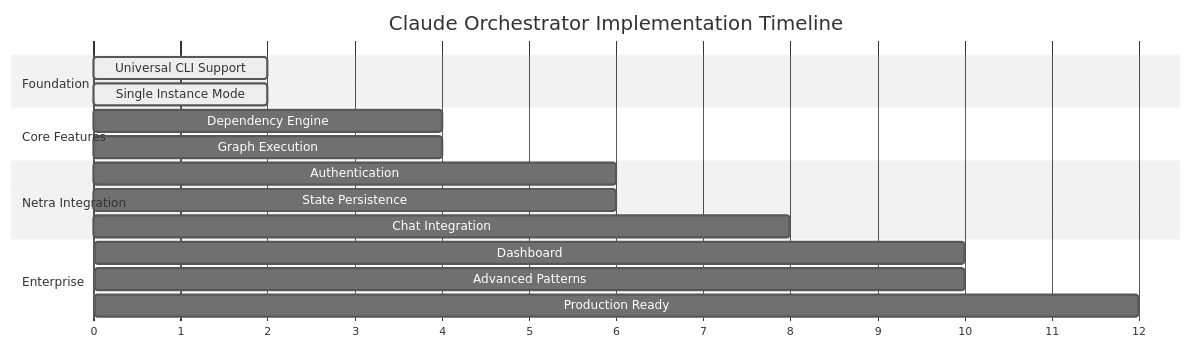
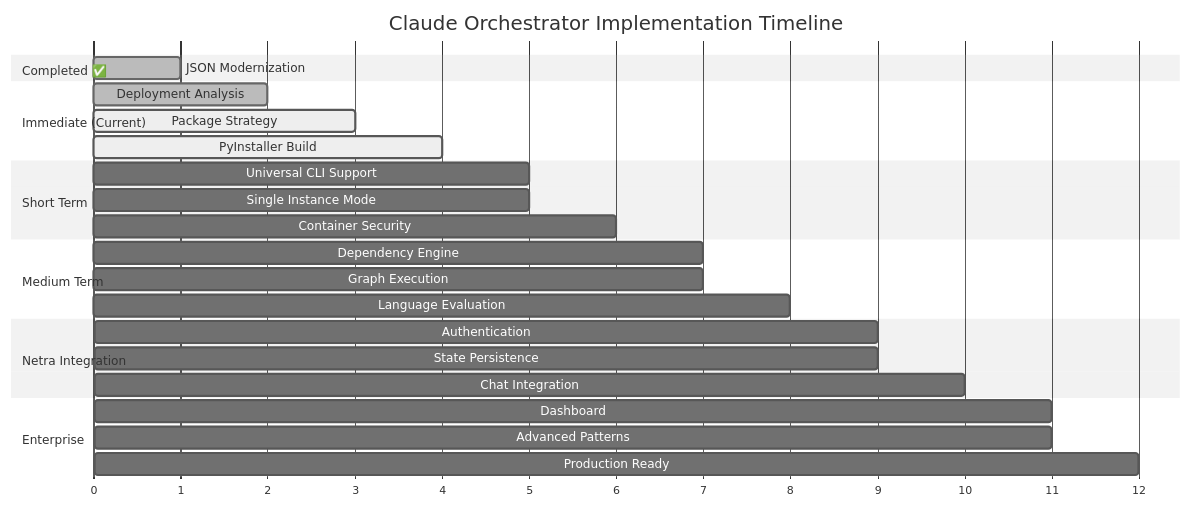
One commit to netra-systems/zen changed diagram 12 of 15 in docs/CLAUDE_ORCHESTRATOR_PLANS_INDEX.md. Above: the diagram before and after it, drawn with Mermaid (neutral theme). The commit also changed other lines of this file, not shown here.

````diff
--- a/docs/CLAUDE_ORCHESTRATOR_PLANS_INDEX.md
+++ b/docs/CLAUDE_ORCHESTRATOR_PLANS_INDEX.md
@@ -305,24 +432,34 @@
 ```mermaid
 gantt
     title Claude Orchestrator Implementation Timeline
     dateFormat  X
     axisFormat %s
 
-    section Foundation
-    Universal CLI Support    :active, foundation, 0, 2
-    Single Instance Mode     :active, single, 0, 2
+    section Completed ✅
+    JSON Modernization      :done, json, 0, 1
 
-    section Core Features
-    Dependency Engine        :depends, 2, 4
-    Graph Execution         :graph, 2, 4
+    section Immediate (Current)
+    Deployment Analysis     :done, deploy-analysis, 1, 2
+    Package Strategy        :active, package, 1, 3
+    PyInstaller Build       :active, pyinst, 2, 4
+
+    section Short Term
+    Universal CLI Support   :foundation, 3, 5
+    Single Instance Mode    :single, 3, 5
+    Container Security      :container, 4, 6
+
+    section Medium Term
+    Dependency Engine       :depends, 5, 7
+    Graph Execution        :graph, 5, 7
+    Language Evaluation    :lang-eval, 6, 8
 
     section Netra Integration
-    Authentication          :auth, 4, 6
-    State Persistence       :state, 4, 6
-    Chat Integration        :chat, 6, 8
+    Authentication         :auth, 7, 9
+    State Persistence      :state, 7, 9
+    Chat Integration       :chat, 8, 10
 
     section Enterprise
-    Dashboard              :dashboard, 8, 10
-    Advanced Patterns      :patterns, 8, 10
-    Production Ready       :prod, 10, 12
+    Dashboard             :dashboard, 9, 11
+    Advanced Patterns     :patterns, 9, 11
+    Production Ready      :prod, 10, 12
 ```
````
